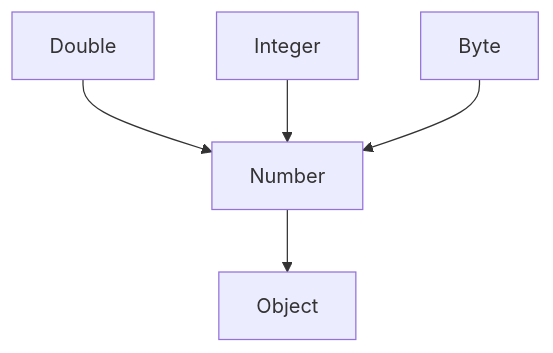
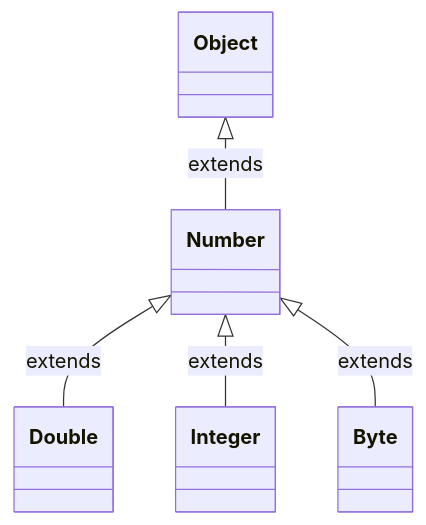
One commit to duyamn/EECS2030-AW22 changed the fourth of 4 diagrams in EECS2030_AW22_RW_Collection.md. Above: the diagram before and after it, drawn with Mermaid. The commit also changed other lines of this file, not shown here.

````diff
--- a/EECS2030_AW22_RW_Collection.md
+++ b/EECS2030_AW22_RW_Collection.md
@@ -567,7 +864,8 @@
 ```mermaid
-graph TD
-  Double-->Number
-  Integer-->Number
-  Byte-->Number
-  Number-->Object
+classDiagram
+
+Number <|-- Double : extends
+Number <|-- Integer : extends
+Number <|-- Byte : extends
+Object <|-- Number : extends
 ```
````
